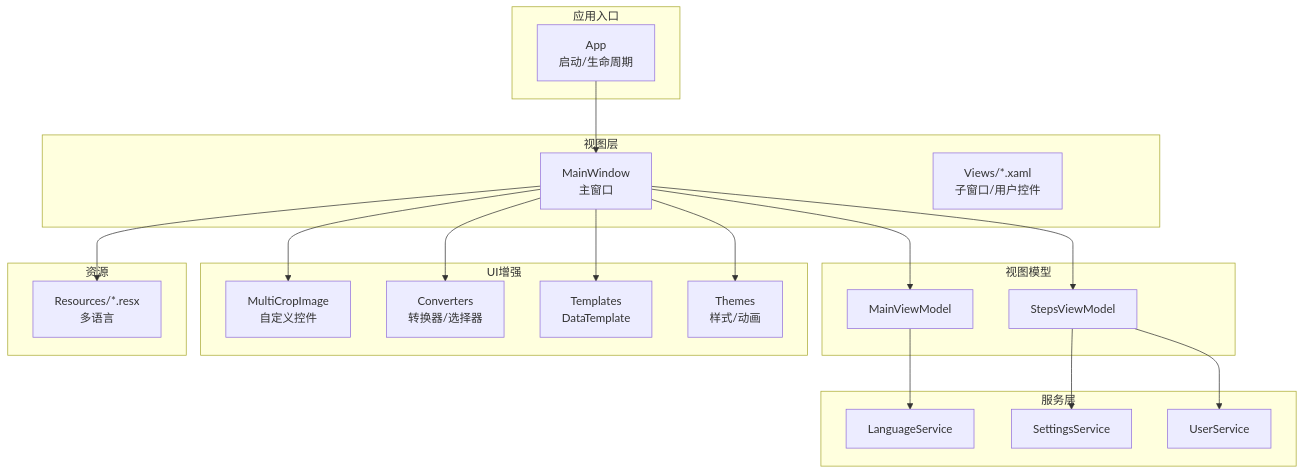
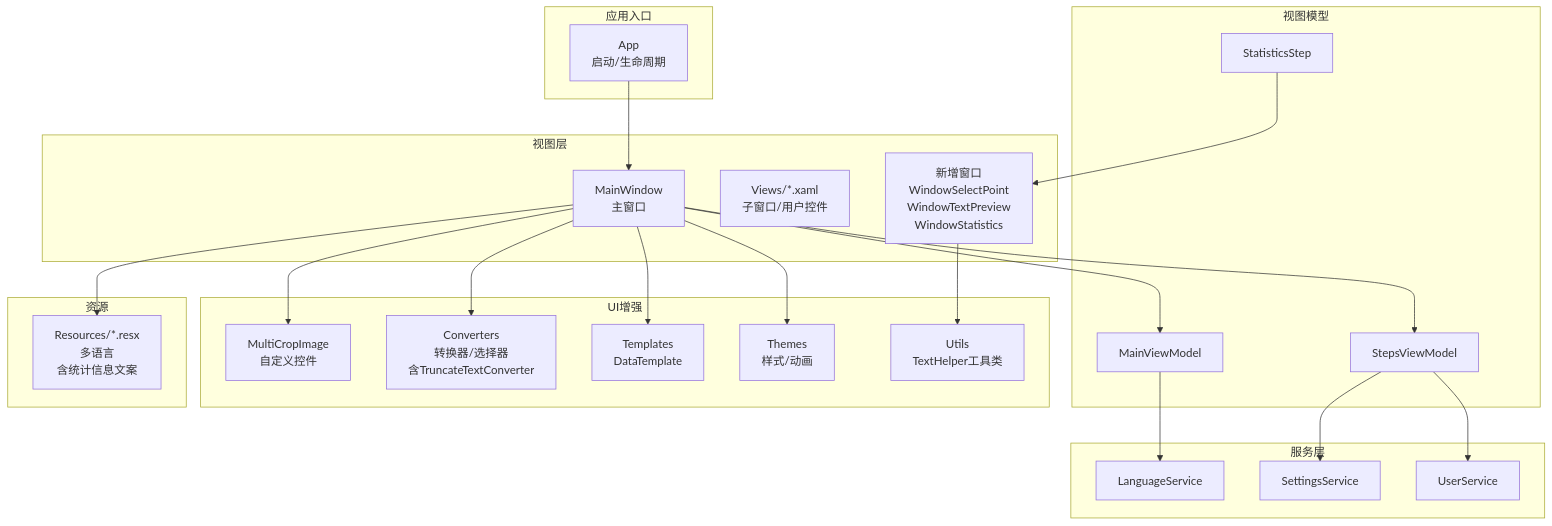
One commit to yooxii/ShaoLuAuto changed the first of 13 diagrams in .qoder/repowiki/zh/content/用户界面系统/用户界面系统.md. Above: the diagram before and after it, drawn with Mermaid. The commit also changed other lines of this file and 9 other files, not shown here.

````diff
--- a/.qoder/repowiki/zh/content/用户界面系统/用户界面系统.md
+++ b/.qoder/repowiki/zh/content/用户界面系统/用户界面系统.md
@@ -54,39 +69,44 @@
 ```mermaid
 graph TB
 subgraph "应用入口"
 APP["App<br/>启动/生命周期"]
 end
 subgraph "视图层"
 MW["MainWindow<br/>主窗口"]
 VIEWS["Views/*.xaml<br/>子窗口/用户控件"]
+NEW_VIEWS["新增窗口<br/>WindowSelectPoint<br/>WindowTextPreview<br/>WindowStatistics"]
 end
 subgraph "视图模型"
 VM_MAIN["MainViewModel"]
 VM_STEPS["StepsViewModel"]
+VM_STATS["StatisticsStep"]
 end
 subgraph "服务层"
 SVC_LANG["LanguageService"]
 SVC_SETTINGS["SettingsService"]
 SVC_USER["UserService"]
 end
 subgraph "UI增强"
 CTRL_MC["MultiCropImage<br/>自定义控件"]
-CONV["Converters<br/>转换器/选择器"]
+CONV["Converters<br/>转换器/选择器<br/>含TruncateTextConverter"]
 TPLS["Templates<br/>DataTemplate"]
 THEMES["Themes<br/>样式/动画"]
+UTILS["Utils<br/>TextHelper工具类"]
 end
 subgraph "资源"
-RESX["Resources/*.resx<br/>多语言"]
+RESX["Resources/*.resx<br/>多语言<br/>含统计信息文案"]
 end
 APP --> MW
 MW --> VM_MAIN
 MW --> VM_STEPS
 VM_MAIN --> SVC_LANG
 VM_STEPS --> SVC_SETTINGS
 VM_STEPS --> SVC_USER
 MW --> CTRL_MC
 MW --> CONV
 MW --> TPLS
 MW --> THEMES
 MW --> RESX
+NEW_VIEWS --> UTILS
+VM_STATS --> NEW_VIEWS
 ```
````
